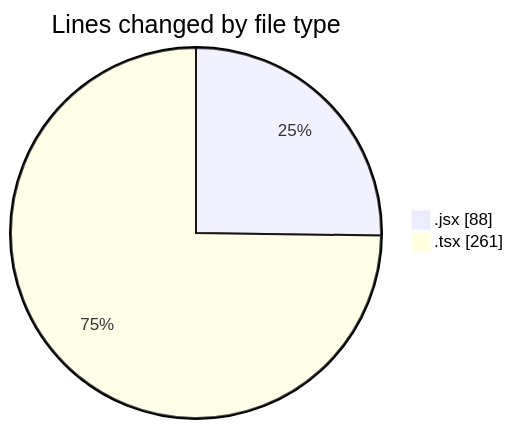
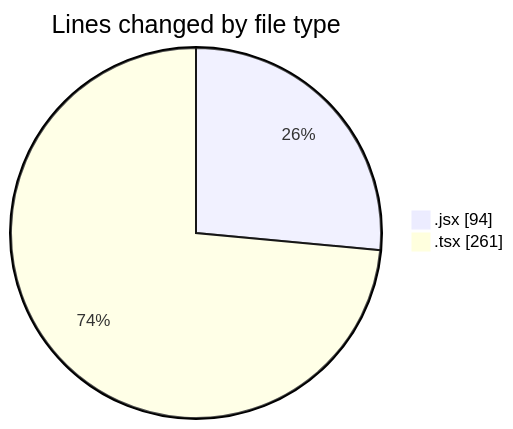
One commit to momahboobian/code-tracking changed the first of 2 diagrams in 2026-02-11/cda/README.md. Above: the diagram before and after it, drawn with Mermaid. The commit also changed other lines of this file and 1 other file, not shown here.

````diff
--- a/2026-02-11/cda/README.md
+++ b/2026-02-11/cda/README.md
@@ -22,6 +22,6 @@
 ```mermaid
 pie showData
 title Lines changed by file type
-".jsx" : 88
+".jsx" : 94
 ".tsx" : 261
 ```
````
